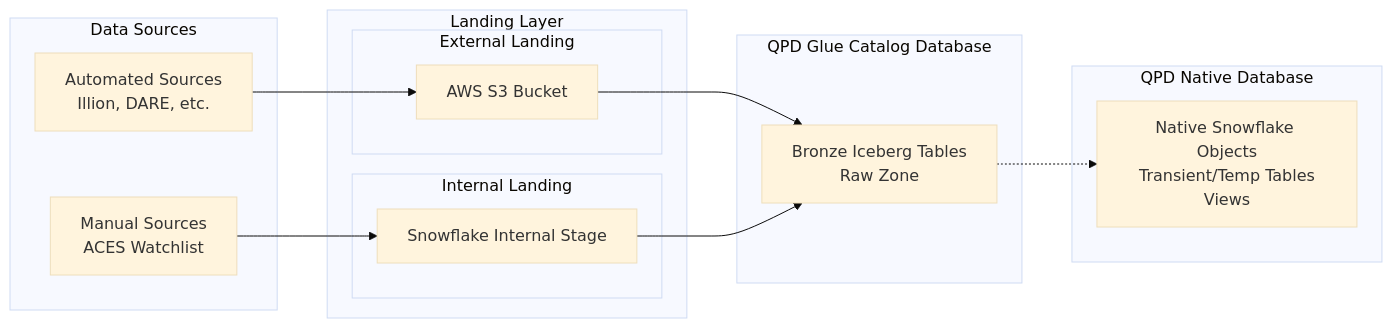
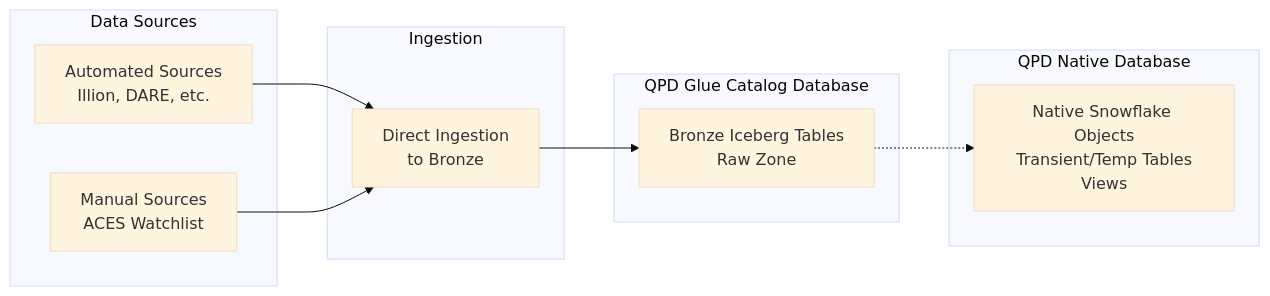
One commit to sfc-gh-mhindi/REPO_CBA changed the first of 19 diagrams in 15-BB-QPD Future State/QPD - Future State.md. Above: the diagram before and after it, drawn with Mermaid (base theme).

Commit message:
Update QPD - Future State.md

````diff
--- a/15-BB-QPD Future State/QPD - Future State.md
+++ b/15-BB-QPD Future State/QPD - Future State.md
@@ -208,30 +208,24 @@
 ```mermaid
 graph LR
     subgraph "Data Sources"
         Auto[Automated Sources<br/>Illion, DARE, etc.]
         Manual[Manual Sources<br/>ACES Watchlist]
     end
     
-    subgraph "Landing Layer"
-        subgraph "External Landing"
-            S3[AWS S3 Bucket]
-        end
-        subgraph "Internal Landing" 
-            SF_Stage[Snowflake Internal Stage]
-        end
+    subgraph "Ingestion"
+        Ingest[Direct Ingestion<br/>to Bronze]
     end
     
     subgraph "QPD Glue Catalog Database"
         Bronze[Bronze Iceberg Tables<br/>Raw Zone]
     end
     
     subgraph "QPD Native Database"
         Native[Native Snowflake Objects<br/>Transient/Temp Tables<br/>Views]
     end
     
-    Auto --> S3
-    Manual --> SF_Stage
-    S3 --> Bronze
-    SF_Stage --> Bronze
+    Auto --> Ingest
+    Manual --> Ingest
+    Ingest --> Bronze
     Bronze -.-> Native
 ```
````
